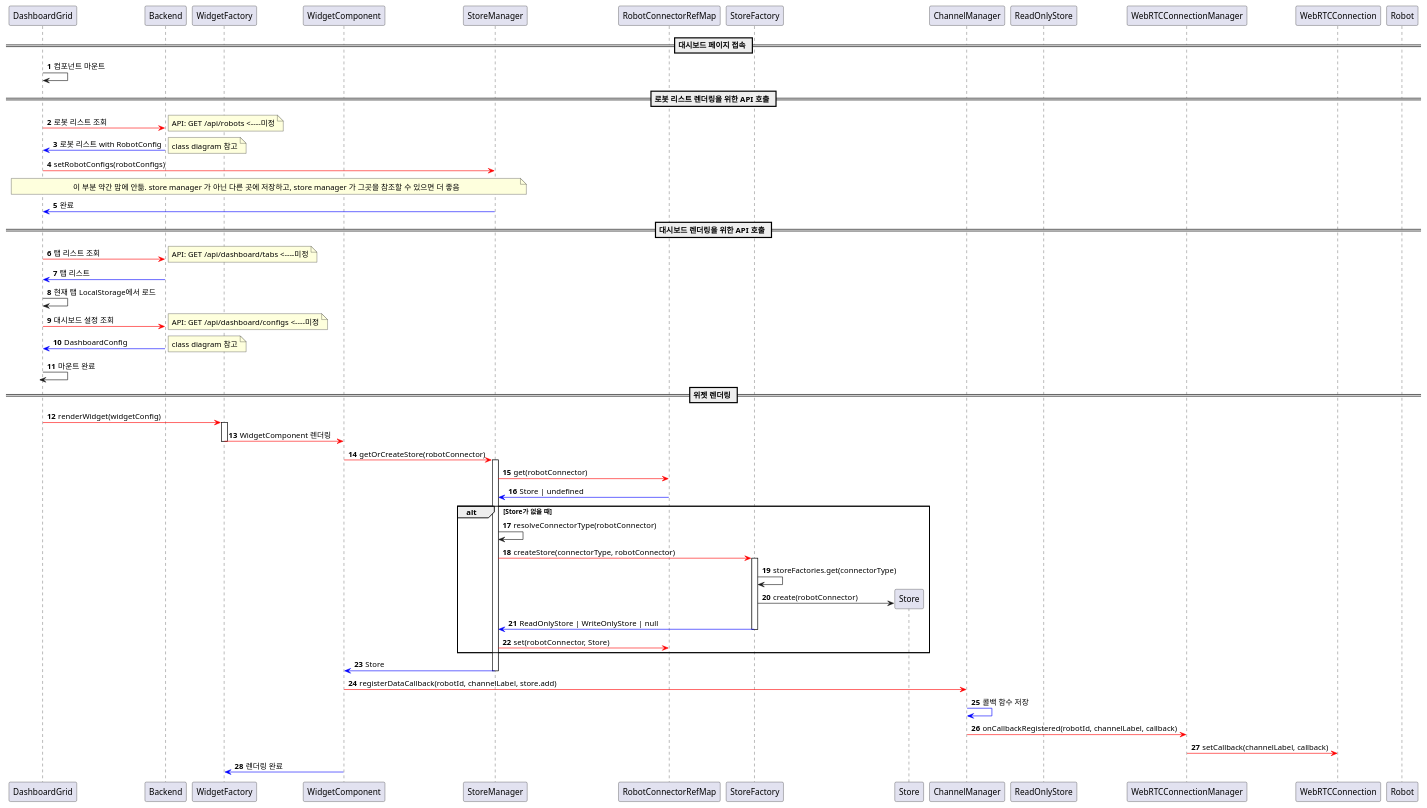
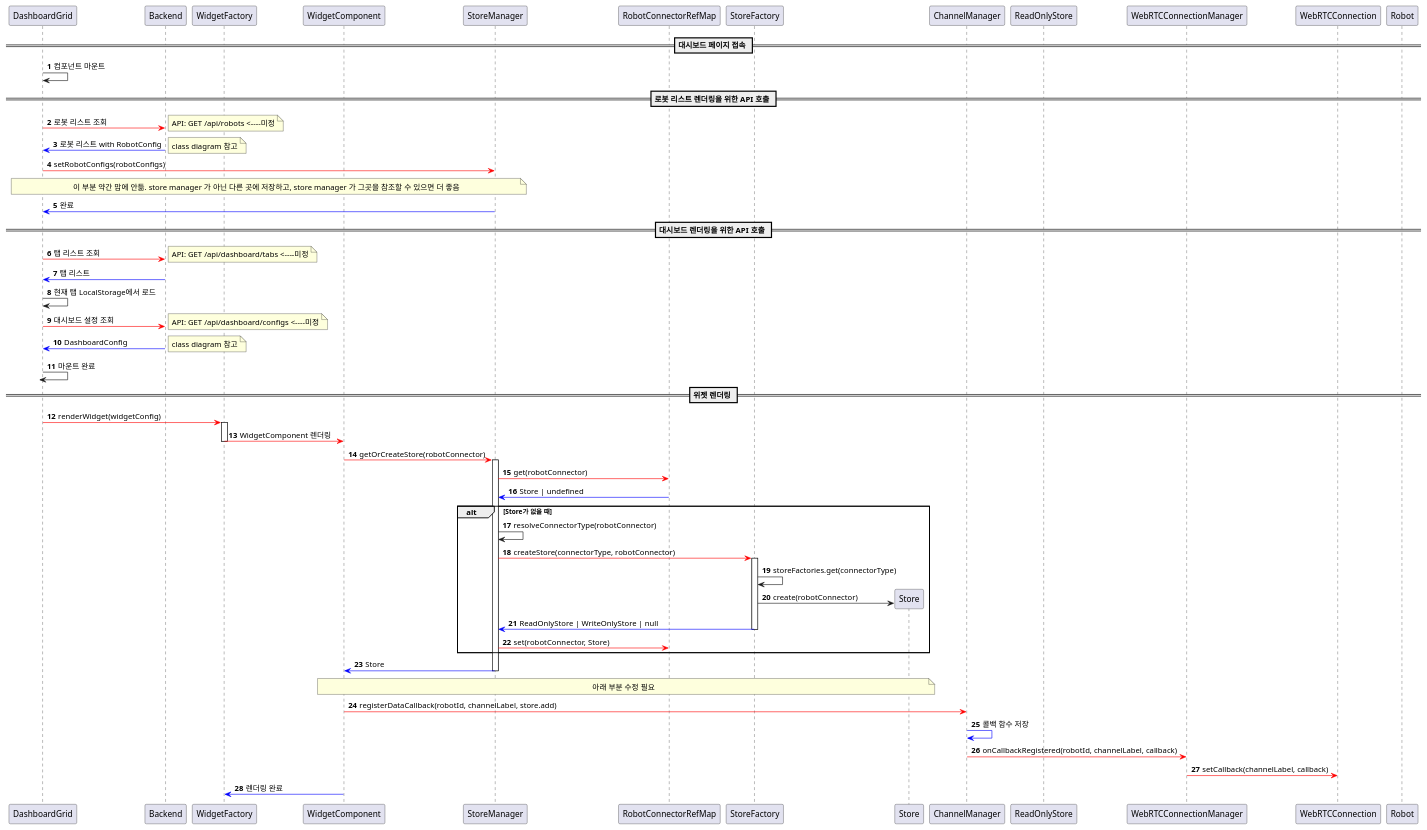
Before and after one commit to ACSL-MOSAIC/MOSAIC-Server: the diagram in diagram/sequence_dashboard_init_render.puml, drawn with PlantUML.

Commit message:
- add: add note for required modifications in sequence_dashboard_init_render.puml

```diff
--- a/diagram/sequence_dashboard_init_render.puml
+++ b/diagram/sequence_dashboard_init_render.puml
@@ -1,89 +1,92 @@
 @startuml
 'https://plantuml.com/sequence-diagram
 
 participant DashboardGrid
 participant Backend
 participant WidgetFactory
 participant WidgetComponent
 participant StoreManager
 participant RobotConnectorRefMap
 participant StoreFactory
 participant Store
 participant ChannelManager
 participant ReadOnlyStore
 participant WebRTCConnectionManager
 participant WebRTCConnection
 participant Robot
 
 autonumber
 
 == 대시보드 페이지 접속 ==
 
 DashboardGrid -> DashboardGrid: 컴포넌트 마운트
 
 == 로봇 리스트 렌더링을 위한 API 호출 ==
 
 DashboardGrid -[#red]> Backend: 로봇 리스트 조회
 note right
   API: GET /api/robots <----미정
 end note
 DashboardGrid <[#blue]- Backend: 로봇 리스트 with RobotConfig
 note right
   class diagram 참고
 end note
 DashboardGrid -[#red]> StoreManager: setRobotConfigs(robotConfigs)
 note over DashboardGrid, StoreManager
   이 부분 약간 맘에 안듦. store manager 가 아닌 다른 곳에 저장하고, store manager 가 그곳을 참조할 수 있으면 더 좋음
 end note
 DashboardGrid <[#blue]- StoreManager: 완료
 
 == 대시보드 렌더링을 위한 API 호출 ==
 
 DashboardGrid -[#red]> Backend: 탭 리스트 조회
 note right
   API: GET /api/dashboard/tabs <----미정
 end note
 DashboardGrid <[#blue]- Backend: 탭 리스트
 
 DashboardGrid -> DashboardGrid: 현재 탭 LocalStorage에서 로드
 
 DashboardGrid -[#red]> Backend: 대시보드 설정 조회
 note right
   API: GET /api/dashboard/configs <----미정
 end note
 DashboardGrid <[#blue]- Backend: DashboardConfig
 note right
   class diagram 참고
 end note
 
 DashboardGrid -> DashboardGrid --: 마운트 완료
 
 == 위젯 렌더링 ==
 
 DashboardGrid -[#red]> WidgetFactory ++: renderWidget(widgetConfig)
 WidgetFactory -[#red]> WidgetComponent --: WidgetComponent 렌더링
 
 WidgetComponent -[#red]> StoreManager ++: getOrCreateStore(robotConnector)
 StoreManager -[#red]> RobotConnectorRefMap: get(robotConnector)
 RobotConnectorRefMap -[#blue]> StoreManager: Store | undefined
 
 alt Store가 없을 때
     StoreManager -> StoreManager: resolveConnectorType(robotConnector)
     StoreManager -[#red]> StoreFactory ++: createStore(connectorType, robotConnector)
     StoreFactory -> StoreFactory: storeFactories.get(connectorType)
     create Store
     StoreFactory -> Store: create(robotConnector)
     StoreManager <[#blue]- StoreFactory --: ReadOnlyStore | WriteOnlyStore | null
 
     StoreManager -[#red]> RobotConnectorRefMap: set(robotConnector, Store)
 end
 
 WidgetComponent <[#blue]- StoreManager --: Store
 
+note over WidgetComponent, Store
+  아래 부분 수정 필요
+end note
 WidgetComponent -[#red]> ChannelManager: registerDataCallback(robotId, channelLabel, store.add)
 ChannelManager [#blue]-> ChannelManager: 콜백 함수 저장
 ChannelManager -[#red]> WebRTCConnectionManager: onCallbackRegistered(robotId, channelLabel, callback)
 WebRTCConnectionManager -[#red]> WebRTCConnection: setCallback(channelLabel, callback)
 
 WidgetFactory <[#blue]- WidgetComponent: 렌더링 완료
 @enduml
```
